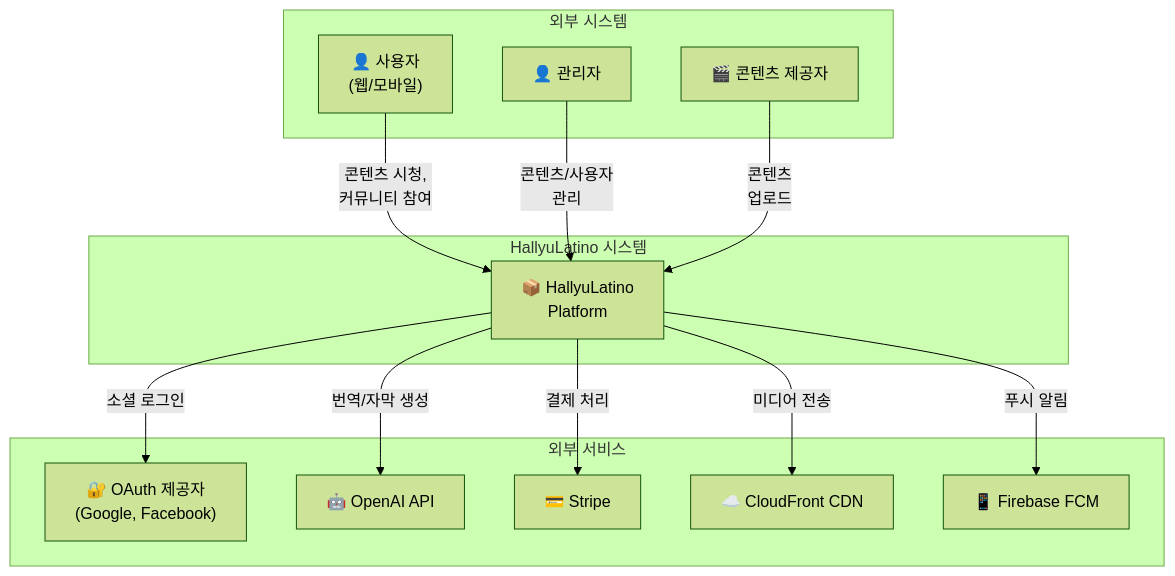
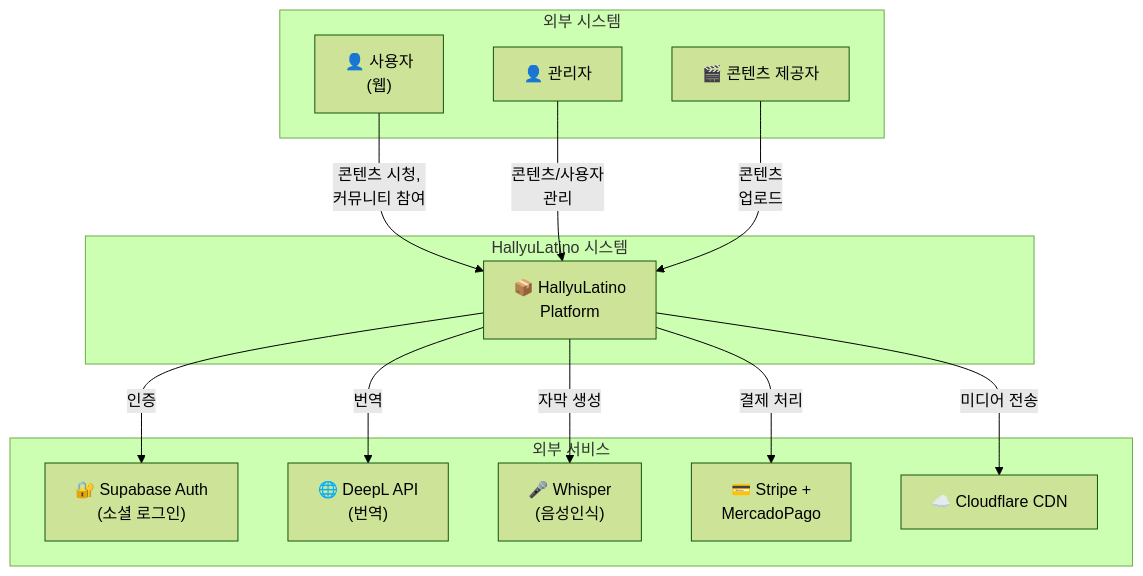
One commit to Prometheus-P/OndaCoreana changed the first of 9 diagrams in docs/specs/ARCHITECTURE.md. Above: the diagram before and after it, drawn with Mermaid (forest theme). The commit also changed other lines of this file and 3 other files, not shown here.

````diff
--- a/docs/specs/ARCHITECTURE.md
+++ b/docs/specs/ARCHITECTURE.md
@@ -43,30 +46,30 @@
 ```mermaid
 graph TB
     subgraph External["외부 시스템"]
-        User["👤 사용자<br/>(웹/모바일)"]
+        User["👤 사용자<br/>(웹)"]
         Admin["👤 관리자"]
         ContentProvider["🎬 콘텐츠 제공자"]
     end
 
     subgraph HallyuLatino["HallyuLatino 시스템"]
         System["📦 HallyuLatino<br/>Platform"]
     end
 
     subgraph ExternalServices["외부 서비스"]
-        OAuth["🔐 OAuth 제공자<br/>(Google, Facebook)"]
-        OpenAI["🤖 OpenAI API"]
-        Stripe["💳 Stripe"]
-        CDN["☁️ CloudFront CDN"]
-        FCM["📱 Firebase FCM"]
+        Supabase["🔐 Supabase Auth<br/>(소셜 로그인)"]
+        DeepL["🌐 DeepL API<br/>(번역)"]
+        Whisper["🎤 Whisper<br/>(음성인식)"]
+        Payment["💳 Stripe +<br/>MercadoPago"]
+        CDN["☁️ Cloudflare CDN"]
     end
 
     User -->|"콘텐츠 시청,<br/>커뮤니티 참여"| System
     Admin -->|"콘텐츠/사용자<br/>관리"| System
     ContentProvider -->|"콘텐츠<br/>업로드"| System
 
-    System -->|"소셜 로그인"| OAuth
-    System -->|"번역/자막 생성"| OpenAI
-    System -->|"결제 처리"| Stripe
+    System -->|"인증"| Supabase
+    System -->|"번역"| DeepL
+    System -->|"자막 생성"| Whisper
+    System -->|"결제 처리"| Payment
     System -->|"미디어 전송"| CDN
-    System -->|"푸시 알림"| FCM
 ```
````
